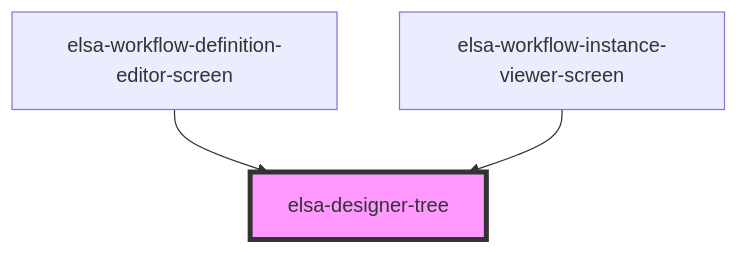
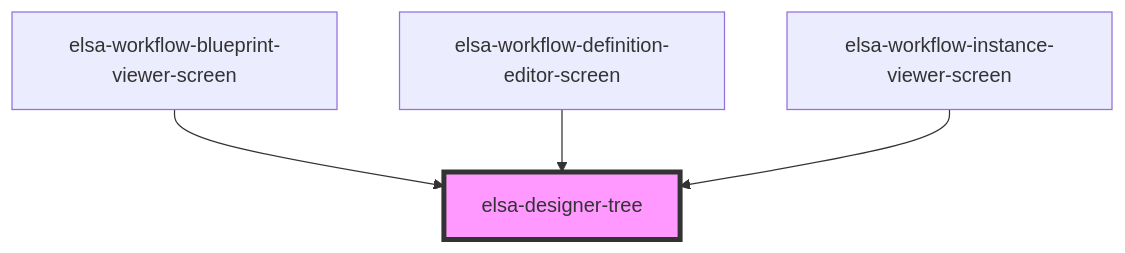
One commit to elsa-workflows/elsa-core changed the diagram in src/designer/elsa-workflows-studio/src/components/designers/tree/elsa-designer-tree/readme.md. Above: the diagram before and after it, drawn with Mermaid. The commit also changed other lines of this file and 22 other files, not shown here.

````diff
--- a/src/designer/elsa-workflows-studio/src/components/designers/tree/elsa-designer-tree/readme.md
+++ b/src/designer/elsa-workflows-studio/src/components/designers/tree/elsa-designer-tree/readme.md
@@ -34,6 +61,7 @@
 ```mermaid
 graph TD;
+  elsa-workflow-blueprint-viewer-screen --> elsa-designer-tree
   elsa-workflow-definition-editor-screen --> elsa-designer-tree
   elsa-workflow-instance-viewer-screen --> elsa-designer-tree
   style elsa-designer-tree fill:#f9f,stroke:#333,stroke-width:4px
 ```
````
